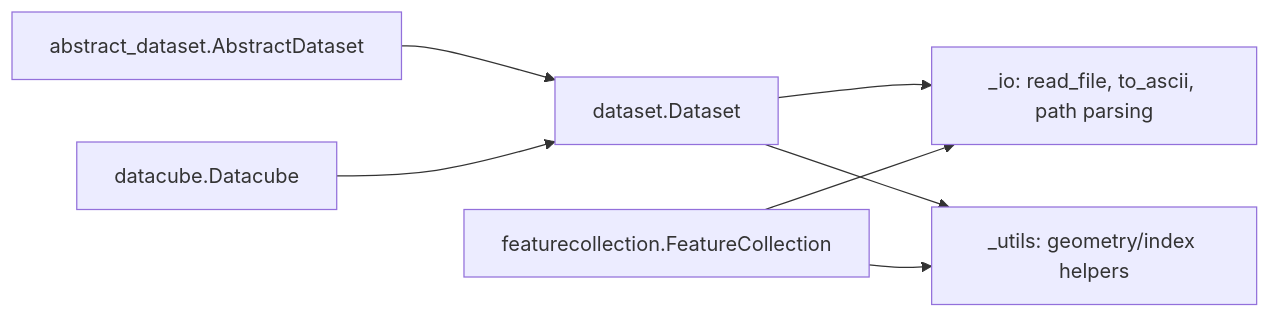
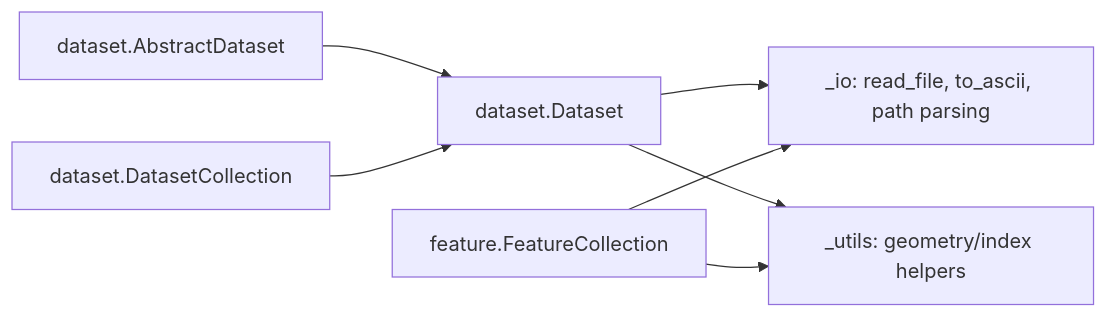
One commit to Serapieum-of-alex/pyramids changed the third of 13 diagrams in docs/architecture/diagrams.md. Above: the diagram before and after it, drawn with Mermaid. The commit also changed other lines of this file and 59 other files, not shown here.

````diff
--- a/docs/architecture/diagrams.md
+++ b/docs/architecture/diagrams.md
@@ -33,16 +33,16 @@
 ```mermaid
 flowchart LR
   io[_io: read_file, to_ascii, path parsing]
   utils[_utils: geometry/index helpers]
   ds[dataset.Dataset]
-  abs[abstract_dataset.AbstractDataset]
-  dc[datacube.Datacube]
-  fc[featurecollection.FeatureCollection]
+  abs[dataset.AbstractDataset]
+  dc[dataset.DatasetCollection]
+  fc[feature.FeatureCollection]
 
   abs --> ds
   ds --> io
   dc --> ds
   fc --> io
   ds --> utils
   fc --> utils
 ```
````
